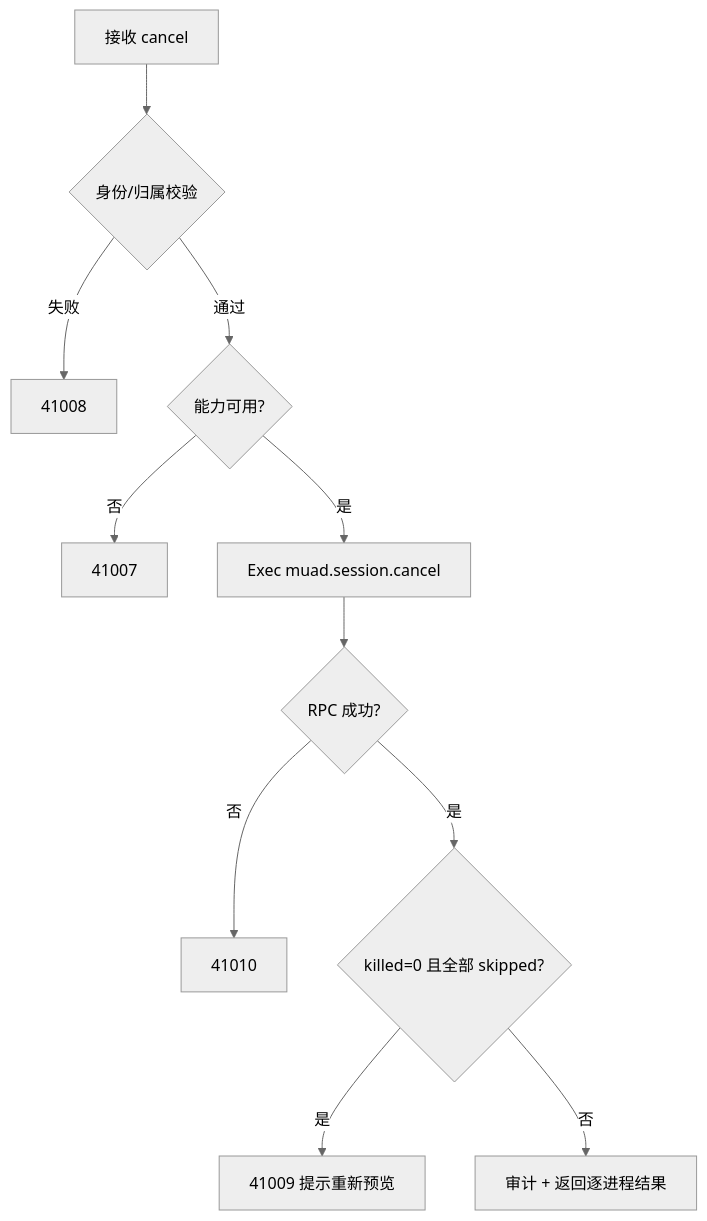
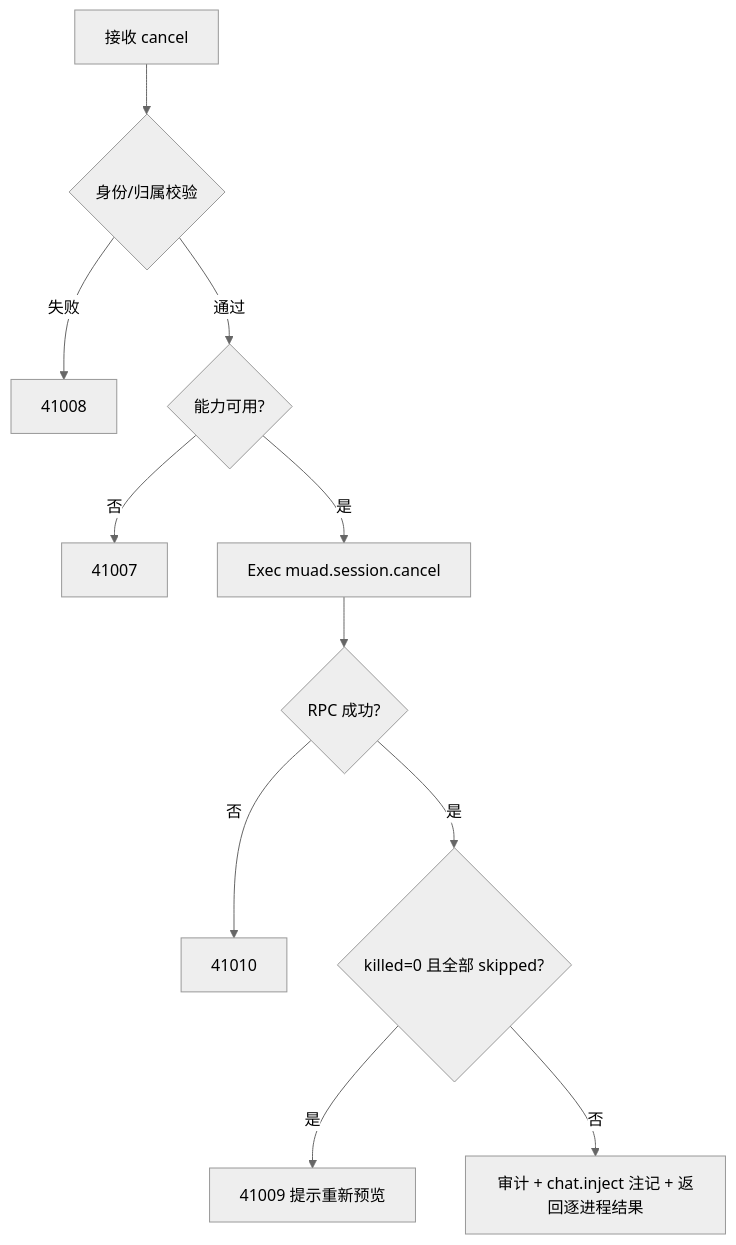
One commit to Michaelxwb/muad-openclaw changed the third of 3 diagrams in .code-flow/tasks/2026-10-17/session-cancel/session-cancel.backend.design.md. Above: the diagram before and after it, drawn with Mermaid (neutral theme). The commit also changed other lines of this file and 5 other files, not shown here.

````diff
--- a/.code-flow/tasks/2026-10-17/session-cancel/session-cancel.backend.design.md
+++ b/.code-flow/tasks/2026-10-17/session-cancel/session-cancel.backend.design.md
@@ -376,13 +376,13 @@
 ```mermaid
 flowchart TD
     A["接收 cancel"] --> B{"身份/归属校验"}
     B -->|失败| C["41008"]
     B -->|通过| D{"能力可用?"}
     D -->|否| E["41007"]
     D -->|是| F["Exec muad.session.cancel"]
     F --> G{"RPC 成功?"}
     G -->|否| H["41010"]
     G -->|是| I{"killed=0 且全部 skipped?"}
     I -->|是| J["41009 提示重新预览"]
-    I -->|否| K["审计 + 返回逐进程结果"]
+    I -->|否| K["审计 + chat.inject 注记 + 返回逐进程结果"]
 ```
````
